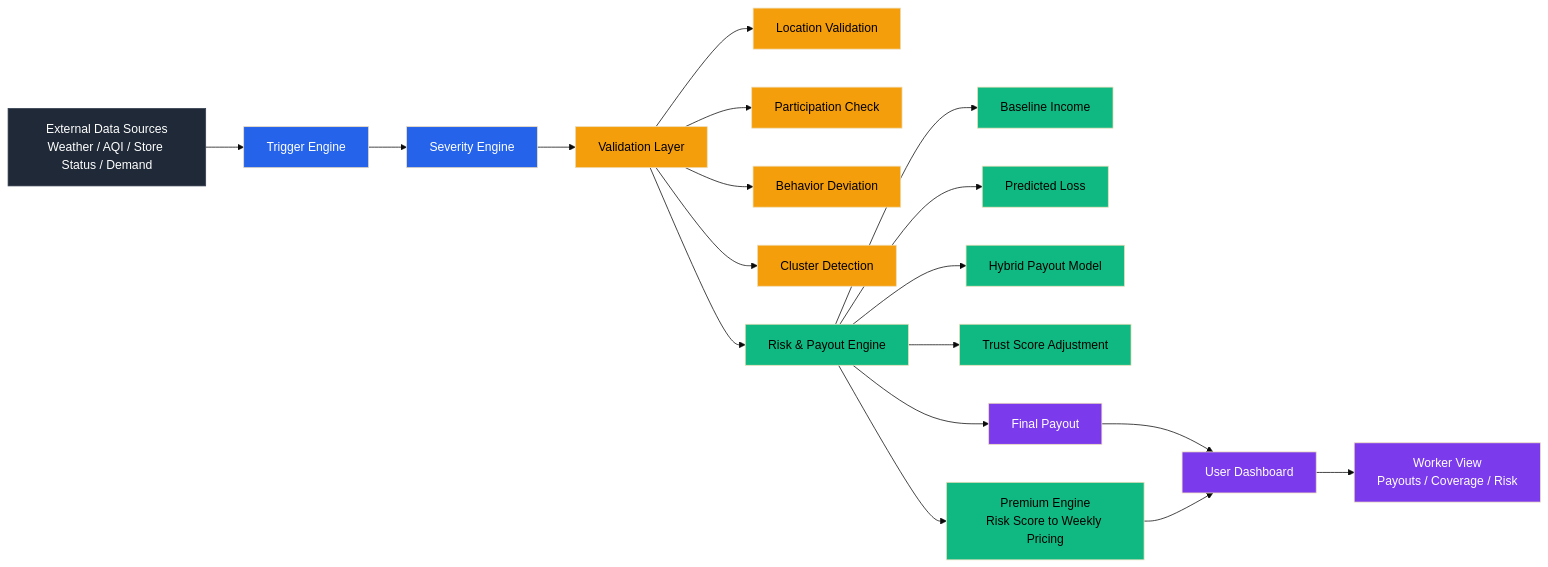
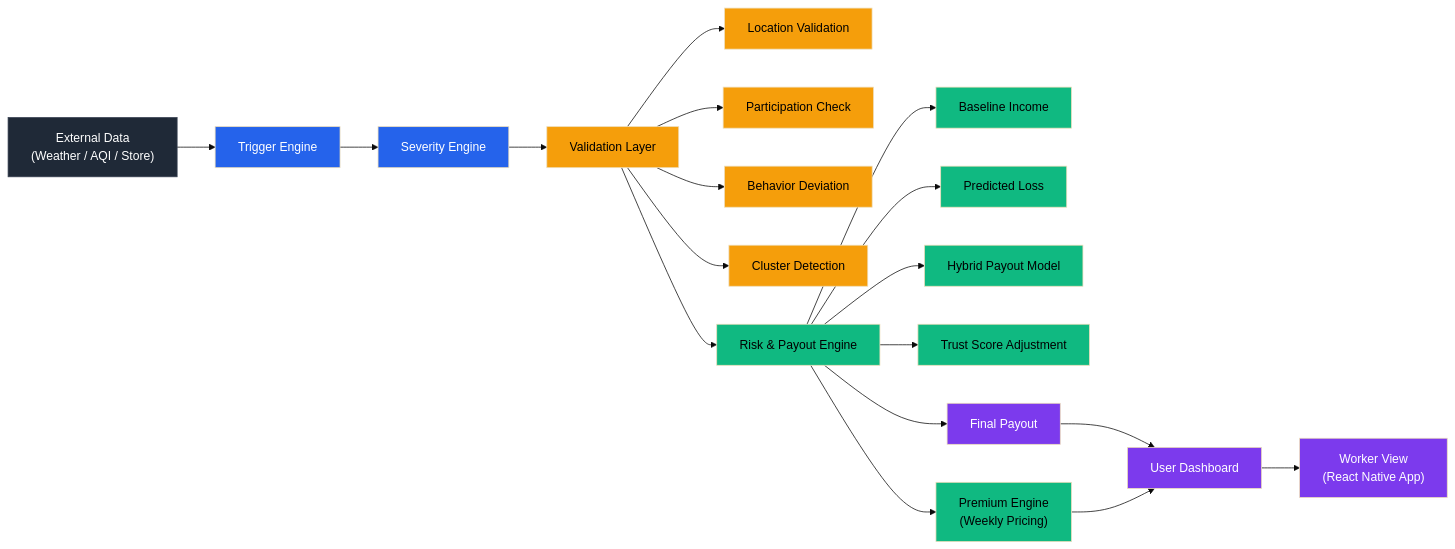
One commit to NavenRaam/Hacktivate changed the diagram in README.md. Above: the diagram before and after it, drawn with Mermaid (base theme). The commit also changed other lines of this file, not shown here.

````diff
--- a/README.md
+++ b/README.md
@@ -361,39 +193,39 @@
 ```mermaid
 flowchart LR
 
-A["External Data Sources<br/>Weather / AQI / Store Status / Demand"] --> B["Trigger Engine"]
+A["External Data<br/>(Weather / AQI / Store)"] --> B["Trigger Engine"]
 B --> C["Severity Engine"]
 C --> D["Validation Layer"]
 
 D --> D1["Location Validation"]
 D --> D2["Participation Check"]
 D --> D3["Behavior Deviation"]
 D --> D4["Cluster Detection"]
 
 D --> E["Risk & Payout Engine"]
 
 E --> E1["Baseline Income"]
 E --> E2["Predicted Loss"]
 E --> E3["Hybrid Payout Model"]
 E --> E4["Trust Score Adjustment"]
 
 E --> F["Final Payout"]
 
-E --> G["Premium Engine<br/>Risk Score to Weekly Pricing"]
+E --> G["Premium Engine<br/>(Weekly Pricing)"]
 
 F --> H["User Dashboard"]
 G --> H
-H --> I["Worker View<br/>Payouts / Coverage / Risk"]
+H --> I["Worker View<br/>(React Native App)"]
 
 classDef data fill:#1f2937,color:#ffffff,stroke:#374151
 classDef trigger fill:#2563eb,color:#ffffff
 classDef validation fill:#f59e0b,color:#000000
 classDef payout fill:#10b981,color:#000000
 classDef output fill:#7c3aed,color:#ffffff
 
 class A data
 class B,C trigger
 class D,D1,D2,D3,D4 validation
 class E,E1,E2,E3,E4,G payout
 class F,H,I output
 ```
````
